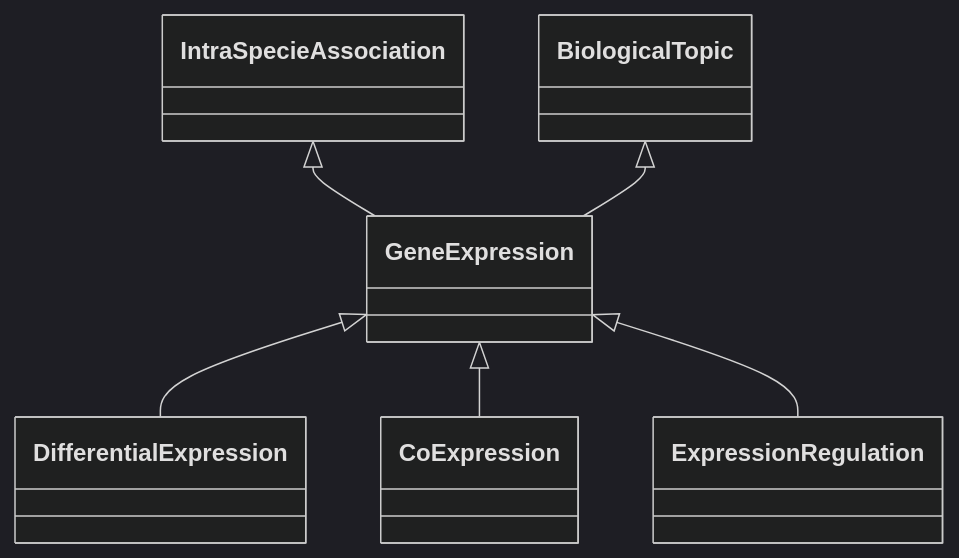
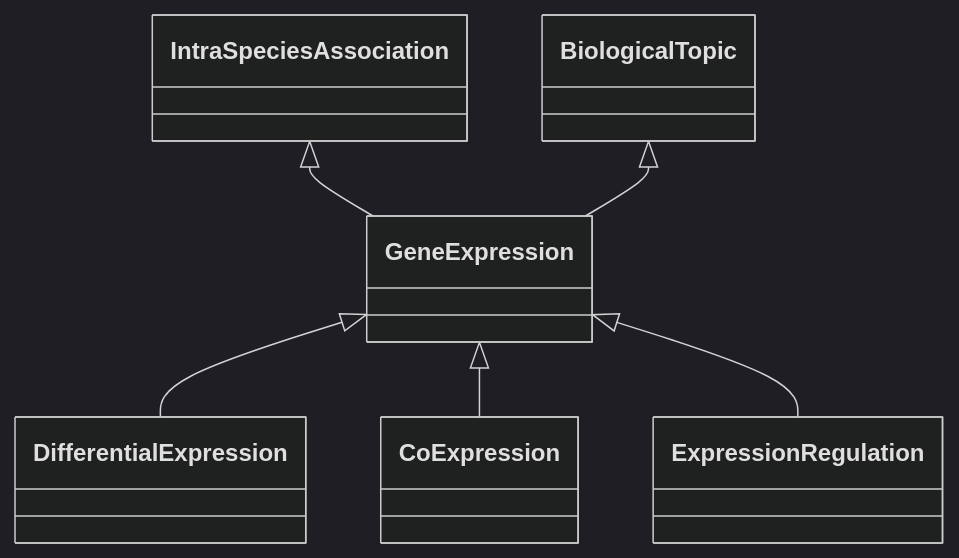
Before and after one commit to KnetMiner/knetminer-schemas: the diagram in semantic-motif-taxonomy/knet-motif-categories-doc/GeneExpression.md, drawn with Mermaid (dark theme). The commit also changed other lines of this file and 96 other files, not shown here.

````diff
--- a/semantic-motif-taxonomy/knet-motif-categories-doc/GeneExpression.md
+++ b/semantic-motif-taxonomy/knet-motif-categories-doc/GeneExpression.md
@@ -25,20 +25,20 @@
 ```mermaid
  classDiagram
     class GeneExpression
     click GeneExpression href "../GeneExpression"
-      IntraSpecieAssociation <|-- GeneExpression
-        click IntraSpecieAssociation href "../IntraSpecieAssociation"
+      IntraSpeciesAssociation <|-- GeneExpression
+        click IntraSpeciesAssociation href "../IntraSpeciesAssociation"
       BiologicalTopic <|-- GeneExpression
         click BiologicalTopic href "../BiologicalTopic"
       
 
       GeneExpression <|-- DifferentialExpression
         click DifferentialExpression href "../DifferentialExpression"
       GeneExpression <|-- CoExpression
         click CoExpression href "../CoExpression"
       GeneExpression <|-- ExpressionRegulation
         click ExpressionRegulation href "../ExpressionRegulation"
       
       
       
 ```
````
